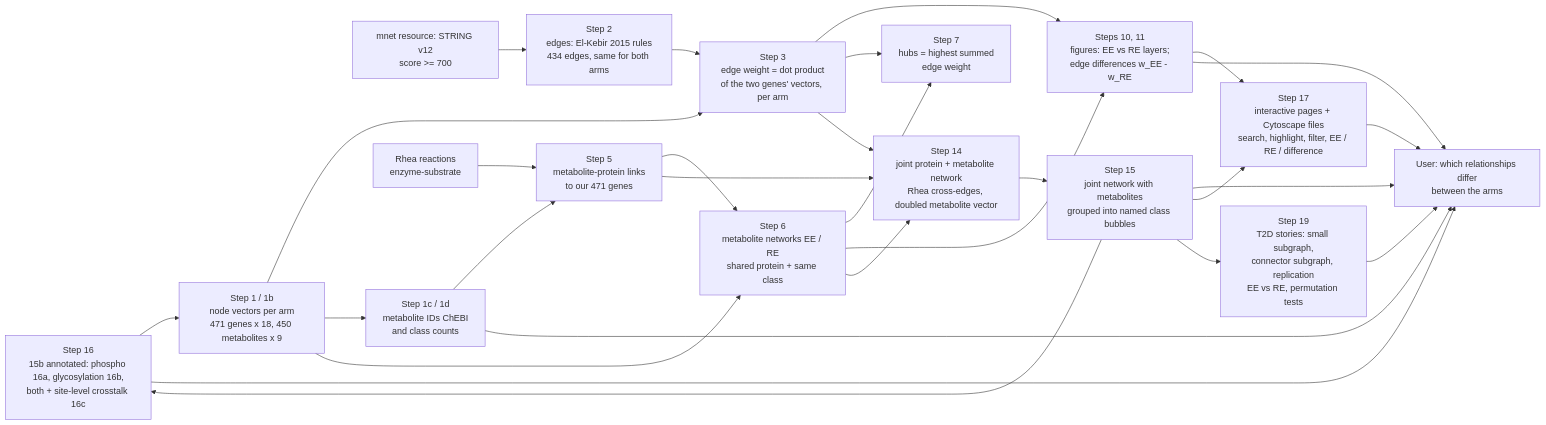
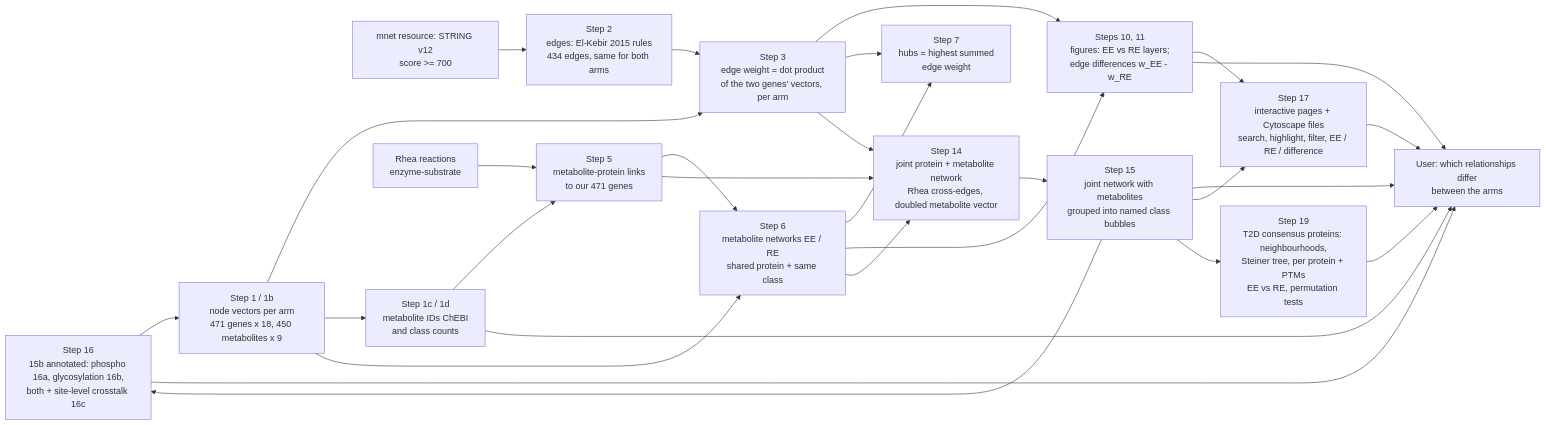
One commit to Stanford-Bioinformatics-Center/multiomics-hackathon-2026-track-1 changed the diagram in network/README.md. Above: the diagram before and after it, drawn with Mermaid. The commit also changed other lines of this file and 2 other files, not shown here.

Commit message:
Step 19: rebuild on the two-study T2D consensus proteins (neighbourhoods, Steiner tree, per protein) with PTM tags drawn as in step 17; phosphosite panel in 19c; validation + README

````diff
--- a/network/README.md
+++ b/network/README.md
@@ -43,30 +43,30 @@
 ```mermaid
 flowchart LR
   A[MoTrPAC results<br/>RNA, protein, metabolites<br/>adipose, blood, muscle] --> B[Step 1 / 1b<br/>node vectors per arm<br/>471 genes x 18, 450 metabolites x 9]
   S[mnet resource: STRING v12<br/>score >= 700] --> C[Step 2<br/>edges: El-Kebir 2015 rules<br/>434 edges, same for both arms]
   B --> D[Step 3<br/>edge weight = dot product<br/>of the two genes' vectors, per arm]
   C --> D
   B --> F[Step 1c / 1d<br/>metabolite IDs ChEBI<br/>and class counts]
   D --> P[Steps 10, 11<br/>figures: EE vs RE layers;<br/>edge differences w_EE - w_RE]
   R[Rhea reactions<br/>enzyme-substrate] --> G[Step 5<br/>metabolite-protein links<br/>to our 471 genes]
   F --> G
   G --> H[Step 6<br/>metabolite networks EE / RE<br/>shared protein + same class]
   B --> H
   D --> K[Step 7<br/>hubs = highest summed<br/>edge weight]
   H --> K
   H --> P
   D --> J[Step 14<br/>joint protein + metabolite network<br/>Rhea cross-edges, doubled metabolite vector]
   H --> J
   G --> J
   J --> Q[Step 15<br/>joint network with metabolites<br/>grouped into named class bubbles]
   Q --> U
   Q --> A[Step 16<br/>15b annotated: phospho 16a, glycosylation 16b,<br/>both + site-level crosstalk 16c]
   A --> U
   Q --> I[Step 17<br/>interactive pages + Cytoscape files<br/>search, highlight, filter, EE / RE / difference]
   P --> I
   I --> U
-  Q --> T[Step 19<br/>T2D stories: small subgraph,<br/>connector subgraph, replication<br/>EE vs RE, permutation tests]
+  Q --> T[Step 19<br/>T2D consensus proteins: neighbourhoods,<br/>Steiner tree, per protein + PTMs<br/>EE vs RE, permutation tests]
   T --> U
   P --> U[User: which relationships differ<br/>between the arms]
   F --> U
 ```
````
